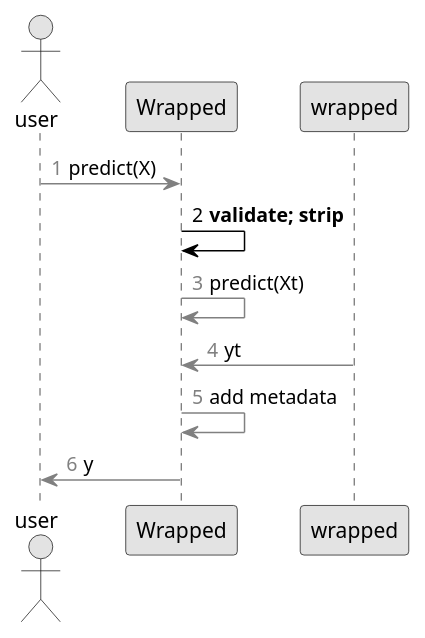
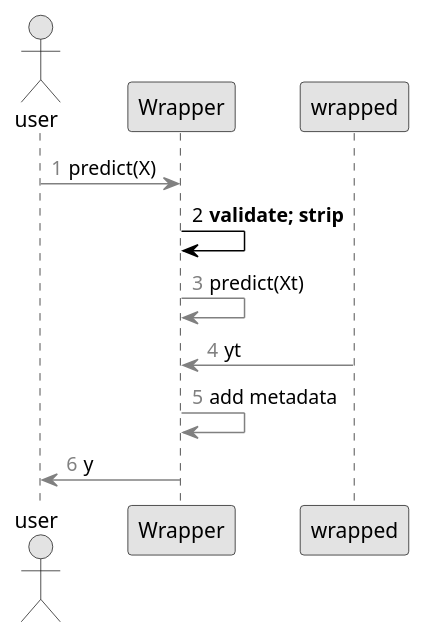
The diagram in ibex_pres/wrapper_wrapped_delegation_seq_two.plantuml (atavory/atavory.github.io), drawn with PlantUML before and after one commit. The commit also changed 19 other files, not shown here.

```diff
--- a/ibex_pres/wrapper_wrapped_delegation_seq_two.plantuml
+++ b/ibex_pres/wrapper_wrapped_delegation_seq_two.plantuml
@@ -1,22 +1,22 @@
 @startuml
 
 skinparam monochrome true
 skinparam shadowing false
 
 actor user
 
-participant Wrapped
+participant Wrapper
 
 participant wrapped
 
 autonumber 1 "<font color=grey>"
-user -[#grey]> Wrapped : predict(X)
+user -[#grey]> Wrapper : predict(X)
 autonumber 2 "<font color=black>"
-Wrapped -[#black]> Wrapped : **validate; strip**
+Wrapper -[#black]> Wrapper : **validate; strip**
 autonumber 3 "<font color=grey>"
-Wrapped -[#grey]> Wrapped : predict(Xt)
-wrapped -[#grey]> Wrapped : yt
-Wrapped -[#grey]> Wrapped : add metadata
-Wrapped -[#grey]> user : y
+Wrapper -[#grey]> Wrapper : predict(Xt)
+wrapped -[#grey]> Wrapper : yt
+Wrapper -[#grey]> Wrapper : add metadata
+Wrapper -[#grey]> user : y
 
 @enduml
```
